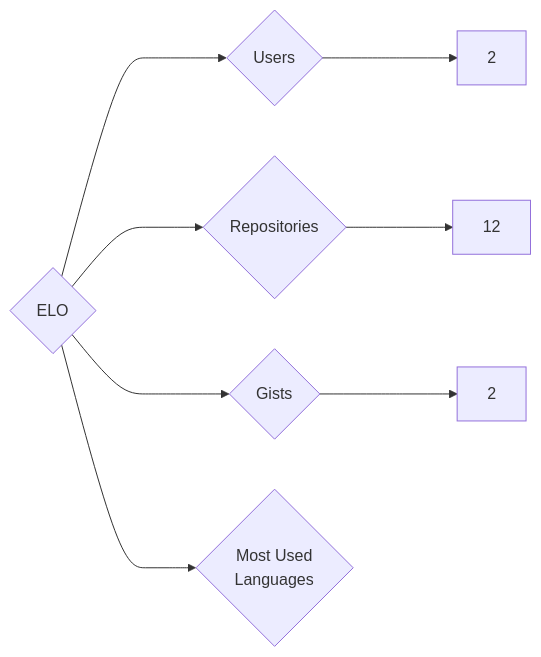
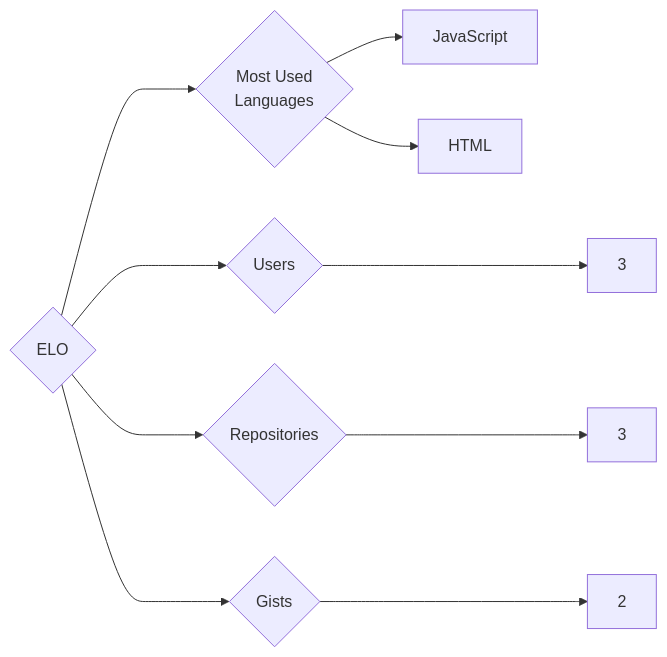
One commit to trickest/insiders changed the diagram in targets/ELO/README.md. Above: the diagram before and after it, drawn with Mermaid. The commit also changed 942 other files, not shown here.

````diff
--- a/targets/ELO/README.md
+++ b/targets/ELO/README.md
@@ -3,8 +3,10 @@
 ```mermaid
 graph LR
 COMPANY_NAME{ELO}
-COMPANY_NAME ---> U{Users} ---> UN[2]
-COMPANY_NAME ---> R{Repositories} ---> RN[12]
+COMPANY_NAME ---> U{Users} ---> UN[3]
+COMPANY_NAME ---> R{Repositories} ---> RN[3]
 COMPANY_NAME ---> G{Gists} ---> GN[2]
 COMPANY_NAME ---> ML{Most Used<br>Languages}
+ML --> JavaScript[JavaScript]
+ML --> HTML[HTML]
 ```
````
